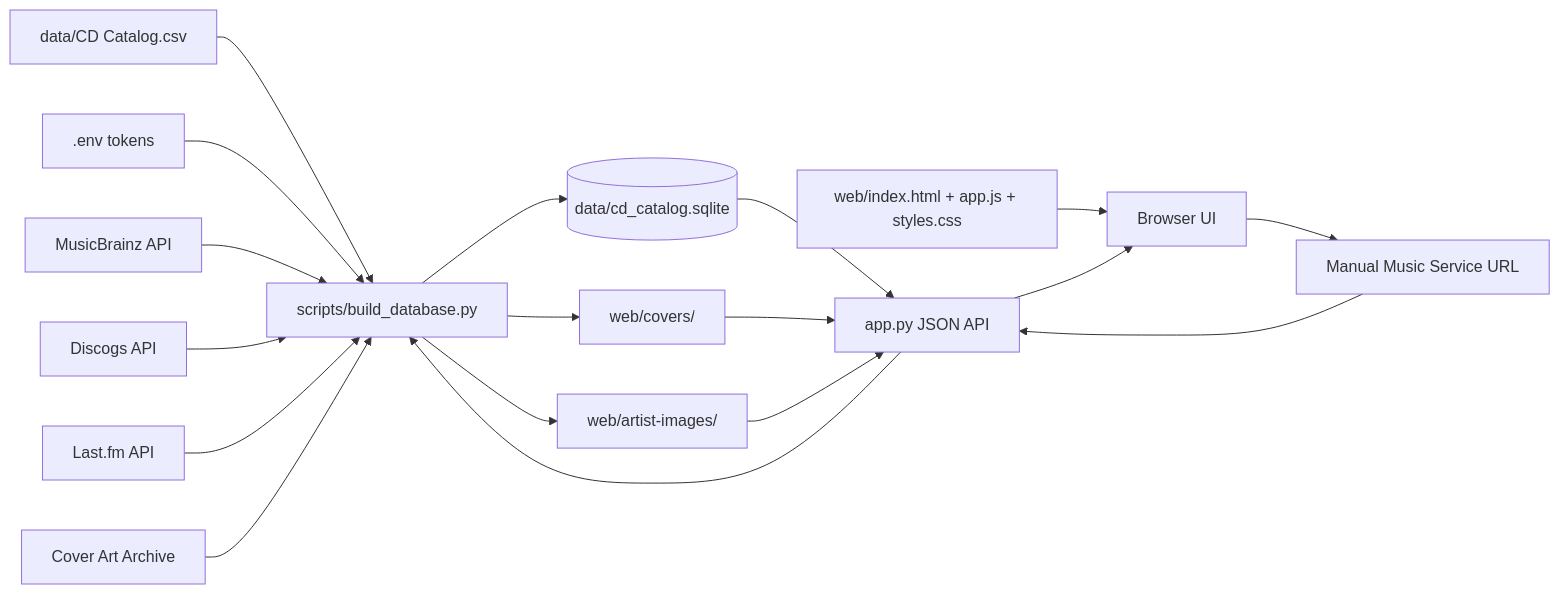
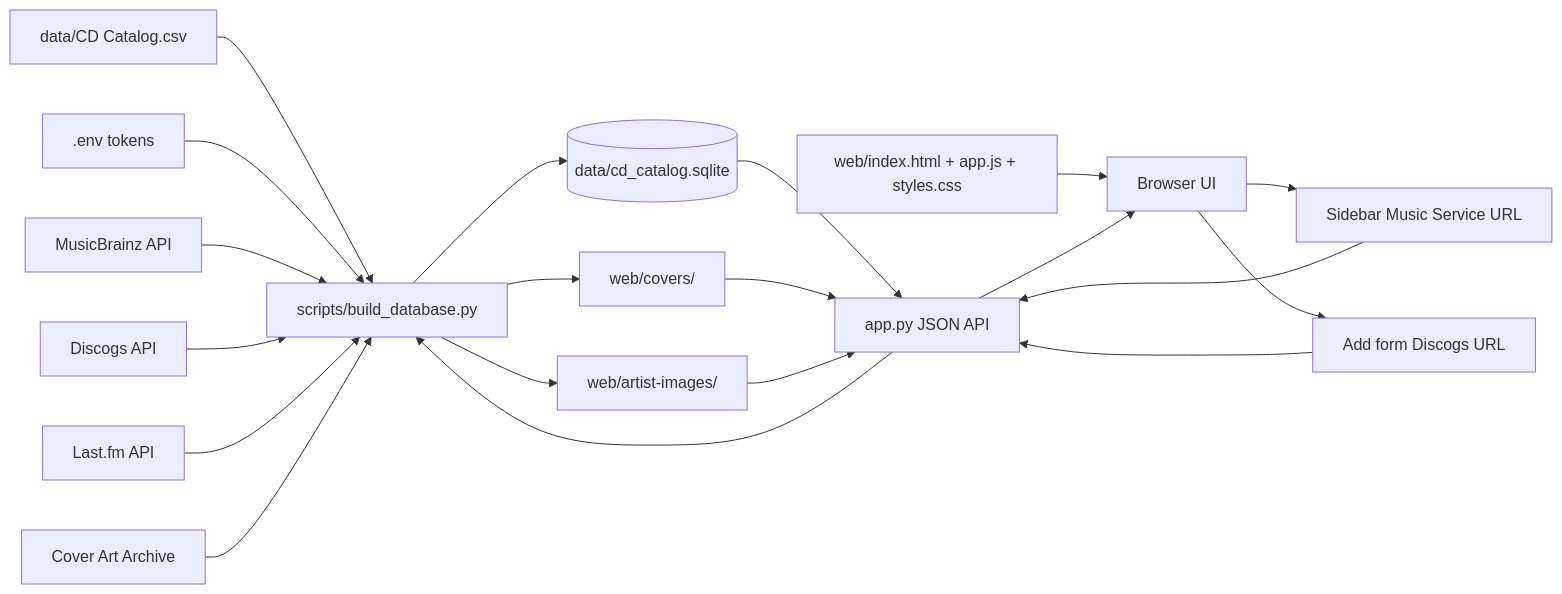
One commit to wirtes/cd-archive changed the second of 2 diagrams in README.md. Above: the diagram before and after it, drawn with Mermaid. The commit also changed other lines of this file and 16 other files, not shown here.

````diff
--- a/README.md
+++ b/README.md
@@ -227,24 +274,26 @@
 ```mermaid
 flowchart LR
     CSV["data/CD Catalog.csv"] --> Builder["scripts/build_database.py"]
     Env[".env tokens"] --> Builder
 
     Builder --> DB[("data/cd_catalog.sqlite")]
     Builder --> Covers["web/covers/"]
     Builder --> ArtistImages["web/artist-images/"]
 
     MusicBrainz["MusicBrainz API"] --> Builder
     Discogs["Discogs API"] --> Builder
     LastFM["Last.fm API"] --> Builder
     CoverArchive["Cover Art Archive"] --> Builder
 
     DB --> App["app.py JSON API"]
     Covers --> App
     ArtistImages --> App
     Web["web/index.html + app.js + styles.css"] --> Browser["Browser UI"]
     App --> Browser
 
-    Browser --> ManualURL["Manual Music Service URL"]
+    Browser --> ManualURL["Sidebar Music Service URL"]
+    Browser --> AddDiscogs["Add form Discogs URL"]
     ManualURL --> App
+    AddDiscogs --> App
     App --> Builder
 ```
````
